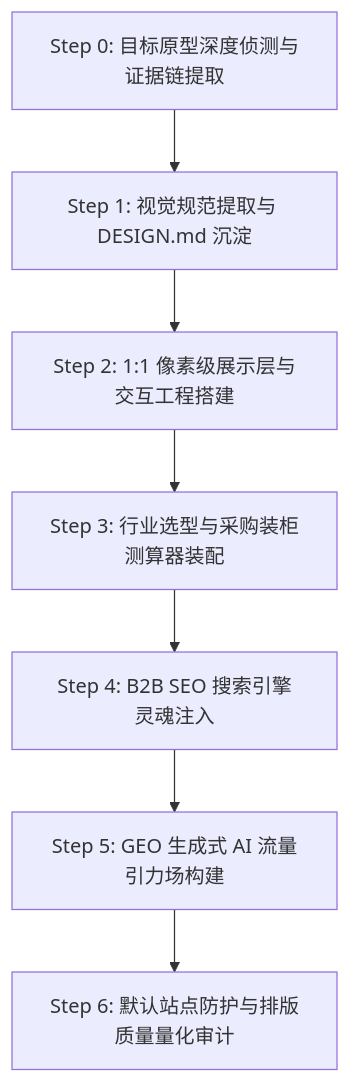
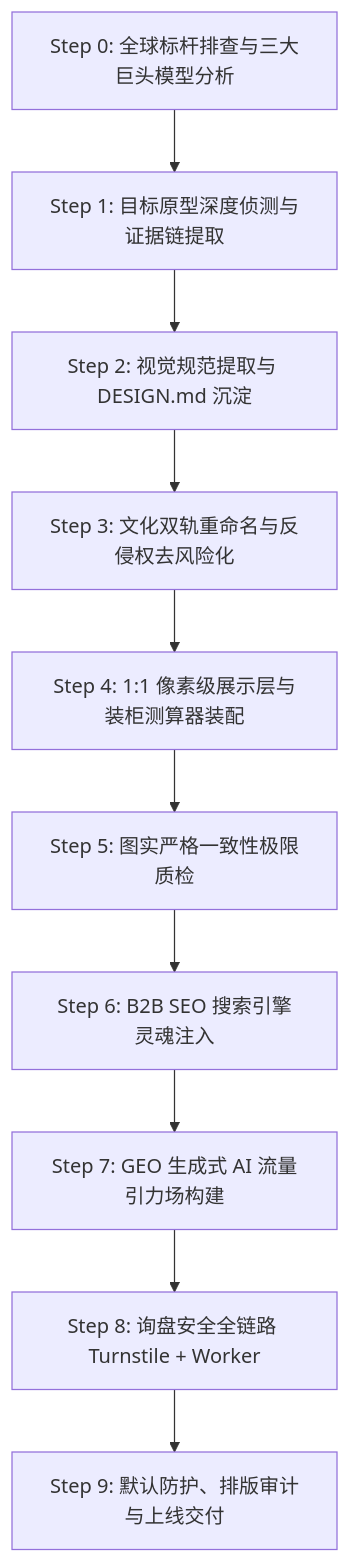
The diagram in SKILL.md (cnproduct/renwork-web-create-skill), drawn with Mermaid before and after one commit. The commit also changed other lines of this file and 5 other files, not shown here.

````diff
--- a/SKILL.md
+++ b/SKILL.md
@@ -54,9 +73,12 @@
 ```mermaid
 flowchart TD
-    S0[Step 0: 目标原型深度侦测与证据链提取] --> S1[Step 1: 视觉规范提取与 DESIGN.md 沉淀]
-    S1 --> S2[Step 2: 1:1 像素级展示层与交互工程搭建]
-    S2 --> S3[Step 3: 行业选型与采购装柜测算器装配]
-    S3 --> S4[Step 4: B2B SEO 搜索引擎灵魂注入]
-    S4 --> S5[Step 5: GEO 生成式 AI 流量引力场构建]
-    S5 --> S6[Step 6: 默认站点防护与排版质量量化审计]
+    S0[Step 0: 全球标杆排查与三大巨头模型分析] --> S1[Step 1: 目标原型深度侦测与证据链提取]
+    S1 --> S2[Step 2: 视觉规范提取与 DESIGN.md 沉淀]
+    S2 --> S3[Step 3: 文化双轨重命名与反侵权去风险化]
+    S3 --> S4[Step 4: 1:1 像素级展示层与装柜测算器装配]
+    S4 --> S5[Step 5: 图实严格一致性极限质检]
+    S5 --> S6[Step 6: B2B SEO 搜索引擎灵魂注入]
+    S6 --> S7[Step 7: GEO 生成式 AI 流量引力场构建]
+    S7 --> S8[Step 8: 询盘安全全链路 Turnstile + Worker]
+    S8 --> S9[Step 9: 默认防护、排版审计与上线交付]
 ```
````
